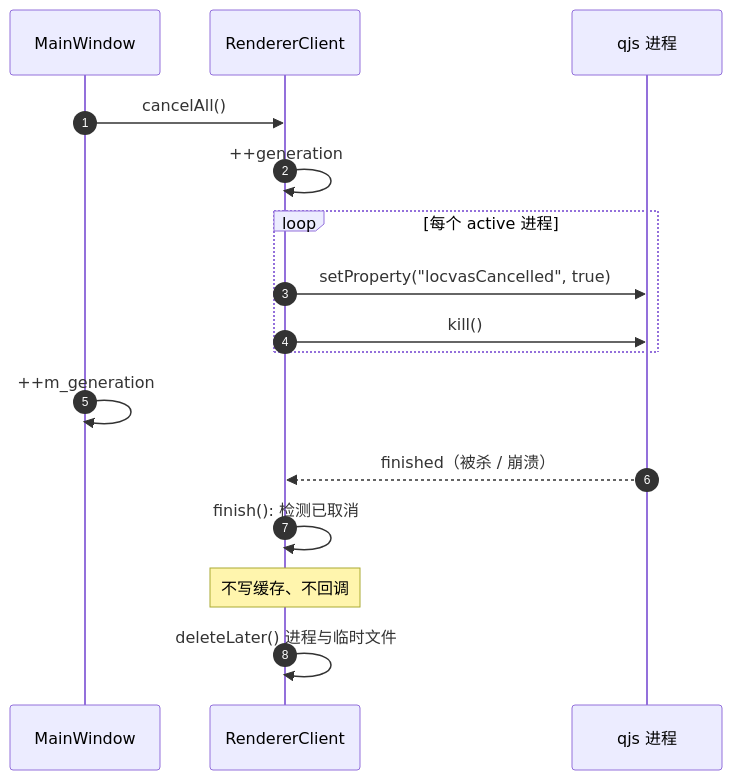
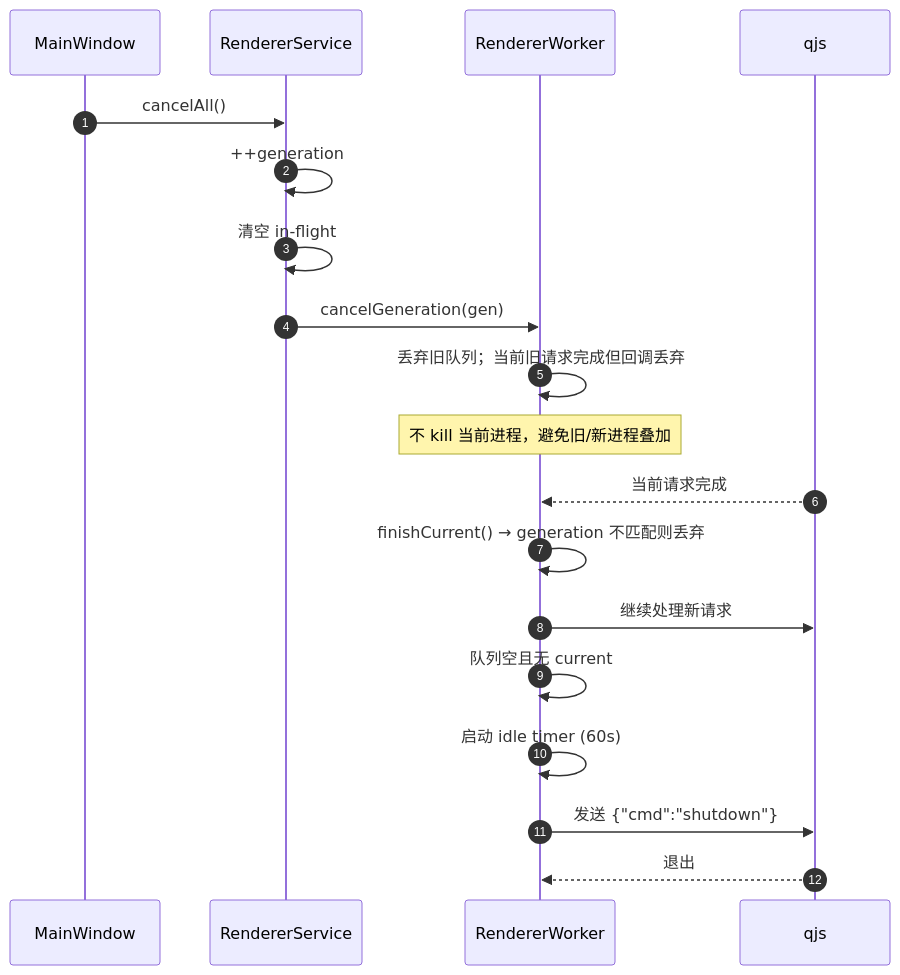
The fifth of 6 diagrams in docs/FLOW.md (iLogIng/qt-rich-text-renderer), drawn with Mermaid before and after one commit. The commit also changed other lines of this file and 24 other files, not shown here.

Commit message:
perf: use two process to lazy start the qjs surpport for mermaid and mathjax service. Use the Render Service to optimize the needed

````diff
--- a/docs/FLOW.md
+++ b/docs/FLOW.md
@@ -153,19 +150,23 @@
 ```mermaid
 sequenceDiagram
     autonumber
     participant MW as MainWindow
-    participant RC as RendererClient
-    participant P as qjs 进程
+    participant RS as RendererService
+    participant W as RendererWorker
+    participant P as qjs
 
-    MW->>RC: cancelAll()
-    RC->>RC: ++generation
-    loop 每个 active 进程
-        RC->>P: setProperty("locvasCancelled", true)
-        RC->>P: kill()
-    end
-    MW->>MW: ++m_generation
-    P-->>RC: finished（被杀 / 崩溃）
-    RC->>RC: finish(): 检测已取消
-    Note over RC: 不写缓存、不回调
-    RC->>RC: deleteLater() 进程与临时文件
+    MW->>RS: cancelAll()
+    RS->>RS: ++generation
+    RS->>RS: 清空 in-flight
+    RS->>W: cancelGeneration(gen)
+    W->>W: 丢弃旧队列；当前旧请求完成但回调丢弃
+    Note over W: 不 kill 当前进程，避免旧/新进程叠加
+    P-->>W: 当前请求完成
+    W->>W: finishCurrent() → generation 不匹配则丢弃
+    W->>P: 继续处理新请求
+
+    W->>W: 队列空且无 current
+    W->>W: 启动 idle timer (60s)
+    W->>P: 发送 {"cmd":"shutdown"}
+    P-->>W: 退出
 ```
````
